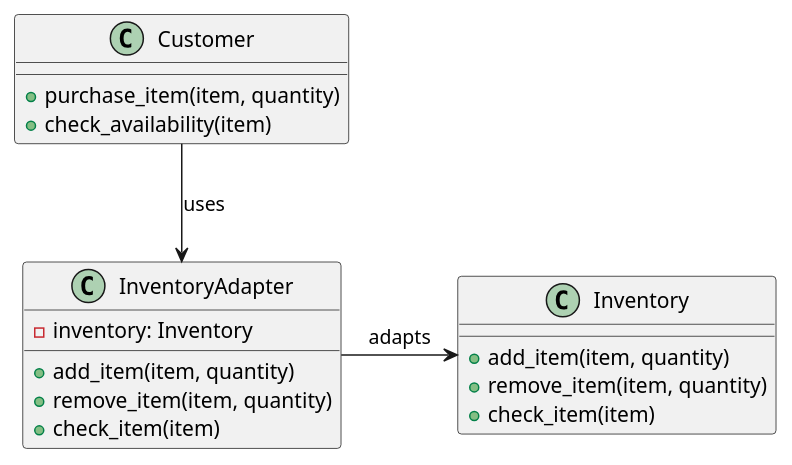
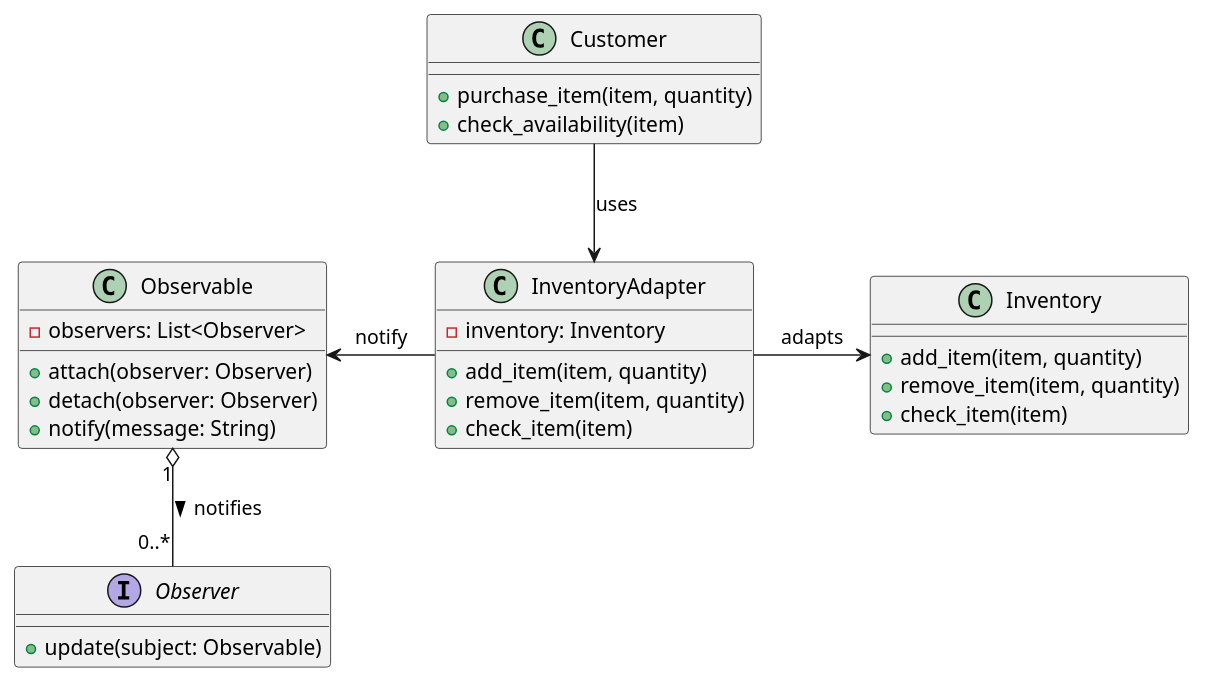
Before and after one commit to AnmarHani/InventoryManagementSystem: the diagram in Python/structural/adapter.puml, drawn with PlantUML. The commit also changed 5 other files, not shown here.

```diff
--- a/Python/structural/adapter.puml
+++ b/Python/structural/adapter.puml
@@ -1,24 +1,35 @@
 @startuml
-
 class Inventory {
     +add_item(item, quantity)
     +remove_item(item, quantity)
     +check_item(item)
 }
 
 class InventoryAdapter {
     -inventory: Inventory
     +add_item(item, quantity)
     +remove_item(item, quantity)
     +check_item(item)
 }
 
 class Customer {
     +purchase_item(item, quantity)
     +check_availability(item)
 }
 
+interface Observer {
+    +update(subject: Observable)
+}
+
+class Observable {
+    -observers: List<Observer>
+    +attach(observer: Observer)
+    +detach(observer: Observer)
+    +notify(message: String)
+}
+
 InventoryAdapter -right-> Inventory : adapts
+InventoryAdapter -left-> Observable : notify
 Customer -down-> InventoryAdapter : uses
-
+Observable "1" o-- "0..*" Observer : notifies >
 @enduml
```
